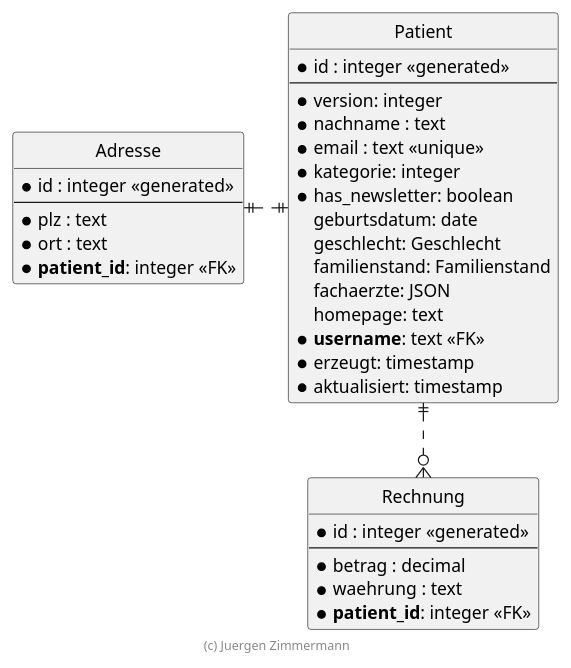
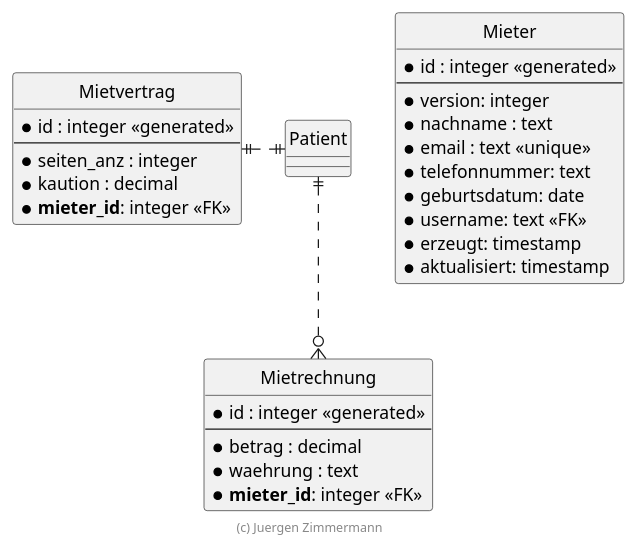
The diagram in docs/diagramme/src/er-diagramm.plantuml (Codechandra1919/fastapi), drawn with PlantUML before and after one commit. The commit also changed other lines of this file and 269 other files, not shown here.

```diff
--- a/docs/diagramme/src/er-diagramm.plantuml
+++ b/docs/diagramme/src/er-diagramm.plantuml
@@ -18,48 +18,43 @@
 @startuml ER Diagramm
 
 ' hide the spot
 hide circle
 
 ' evtl. Prbleme mit Kraehenfuessen vermeiden
 skinparam linetype ortho
 
-entity "Patient" {
+entity "Mieter" {
   * id : integer <<generated>>
   --
   * version: integer
   * nachname : text
   * email : text <<unique>>
-  * kategorie: integer
-  * has_newsletter: boolean
-    geburtsdatum: date
-    geschlecht: Geschlecht
-    familienstand: Familienstand
-    fachaerzte: JSON
-    homepage: text
-  * **username**: text <<FK>>
+  * telefonnummer: text
+  * geburtsdatum: date
+  * username: text <<FK>>
   * erzeugt: timestamp
   * aktualisiert: timestamp
 }
 
-entity "Adresse" {
+entity "Mietvertrag" {
   * id : integer <<generated>>
   --
-  * plz : text
-  * ort : text
-  * **patient_id**: integer <<FK>>
+  * seiten_anz : integer
+  * kaution : decimal
+  * **mieter_id**: integer <<FK>>
 }
 
-entity "Rechnung" {
+entity "Mietrechnung" {
   * id : integer <<generated>>
   --
   * betrag : decimal
   * waehrung : text
-  * **patient_id**: integer <<FK>>
+  * **mieter_id**: integer <<FK>>
 }
 
-Patient ||.left.|| Adresse
-Patient ||..o{ Rechnung
+Patient ||.left.|| Mietvertrag
+Patient ||..o{ Mietrechnung
 
 footer (c) Juergen Zimmermann
 
 @enduml
```
